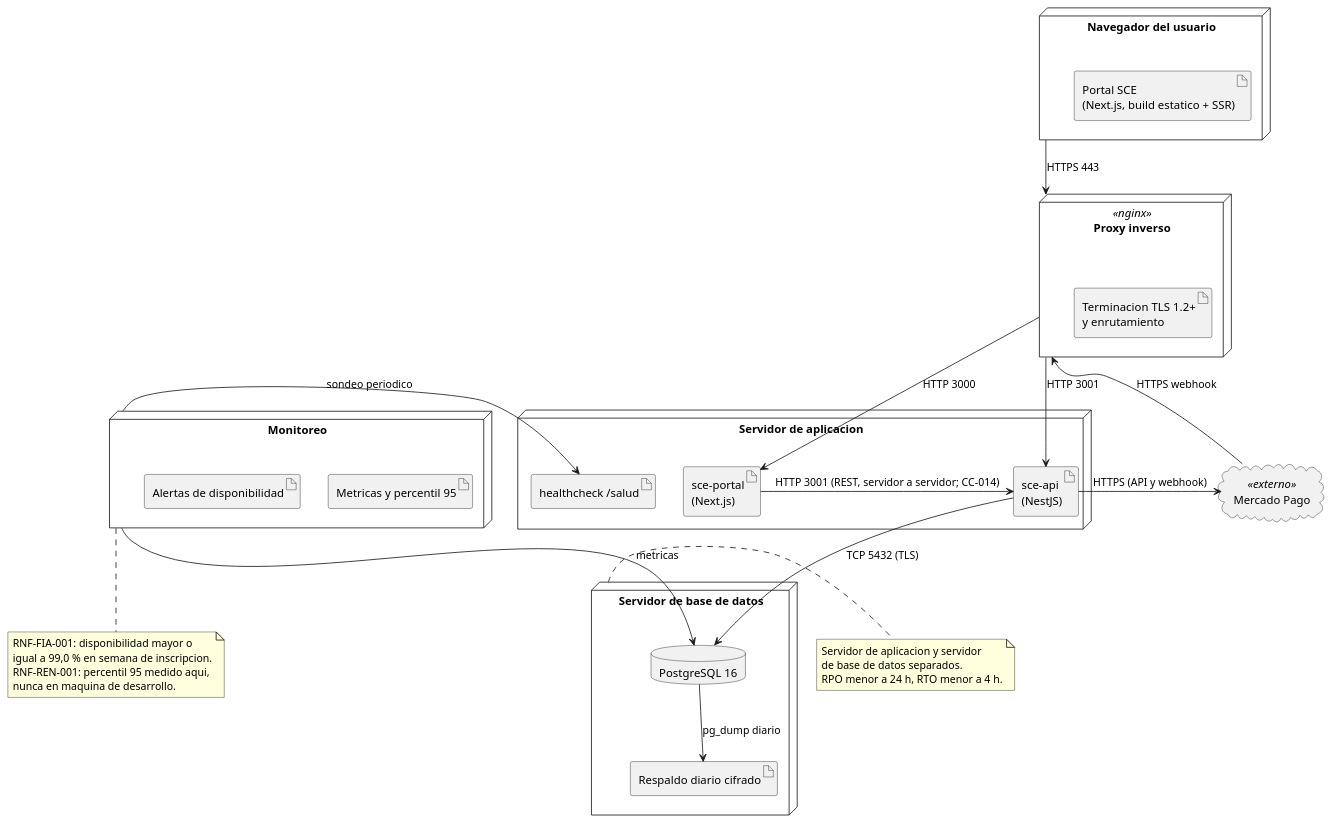
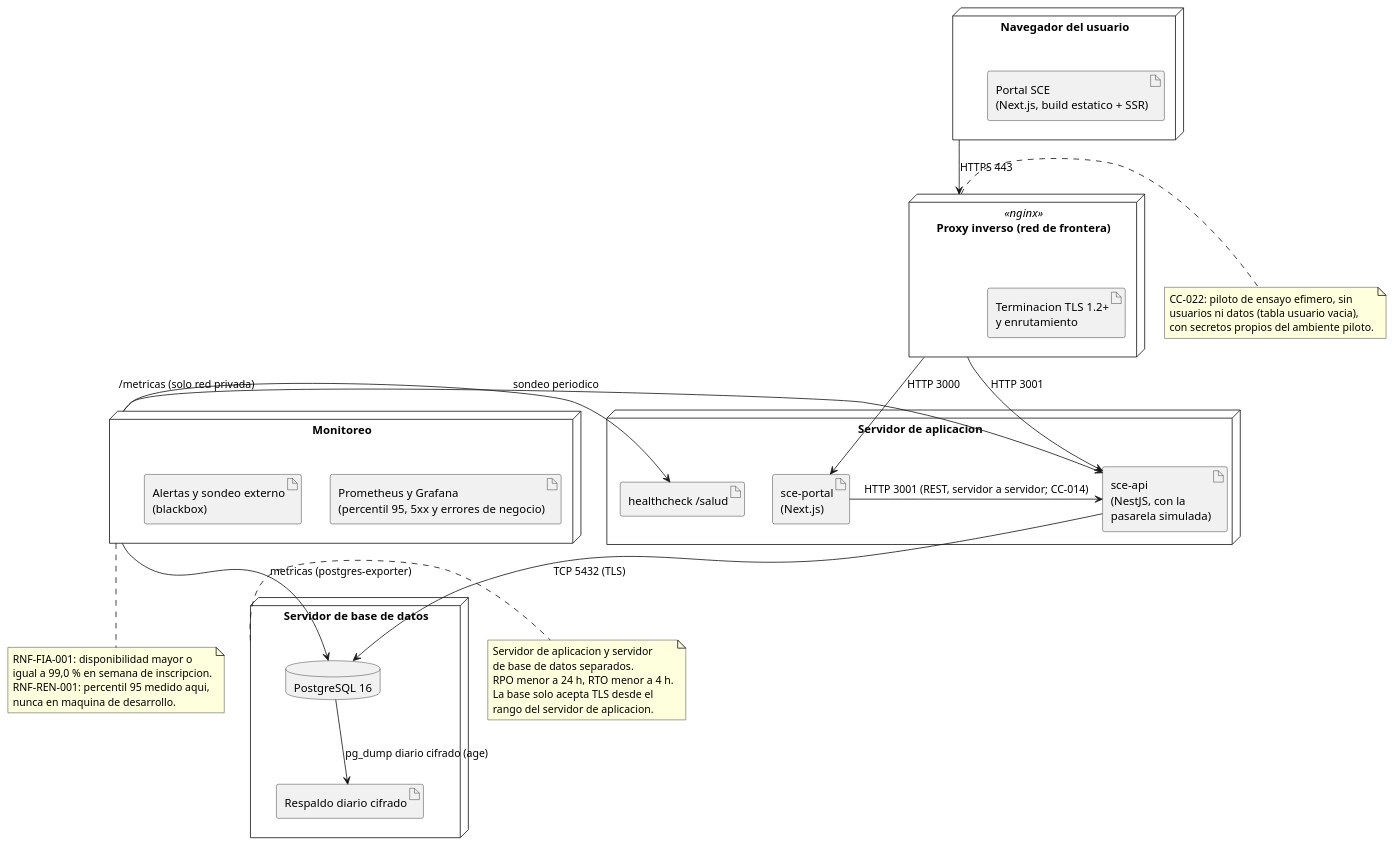
The diagram in docs/arquitectura/fig09-despliegue.puml (fjmp-dev/sce-control-escolar), drawn with PlantUML before and after one commit. The commit also changed 32 other files, not shown here.

First line of the commit message:
feat(despliegue): CC-022 piloto de ensayo efímero, proxy en su nodo y figuras al día (13.1)

```diff
--- a/docs/arquitectura/fig09-despliegue.puml
+++ b/docs/arquitectura/fig09-despliegue.puml
@@ -1,56 +1,64 @@
 @startuml fig09-despliegue
 ' Figura 9. Diagrama de despliegue UML del ambiente piloto.
-' Fuente: SCE-MC-001 v2.0, seccion 13.7 y Tabla 30.
+' Fuente: SCE-MC-001 v2.0, seccion 13.7 y Tabla 30. Actualizada por CC-020 (pasarela
+' simulada dentro de sce-api, sin Mercado Pago) y CC-022 (piloto de ensayo efimero: los
+' tres nodos son servidores de Docker en un runner de GitHub Actions, con la red de
+' frontera del proxy separada de la red privada de aplicacion y base).
 skinparam shadowing false
 
 node "Navegador del usuario" as CLIENTE {
   artifact "Portal SCE\n(Next.js, build estatico + SSR)" as APP
 }
 
-node "Proxy inverso" as PROXY <<nginx>> {
+node "Proxy inverso (red de frontera)" as PROXY <<nginx>> {
   artifact "Terminacion TLS 1.2+\ny enrutamiento" as TLS
 }
 
 node "Servidor de aplicacion" as APPSRV {
   artifact "sce-portal\n(Next.js)" as NEXT
-  artifact "sce-api\n(NestJS)" as NEST
+  artifact "sce-api\n(NestJS, con la\npasarela simulada)" as NEST
   artifact "healthcheck /salud" as HC
 }
 
 node "Servidor de base de datos" as DBSRV {
   database "PostgreSQL 16" as PG
   artifact "Respaldo diario cifrado" as BKP
 }
 
 node "Monitoreo" as MON {
-  artifact "Metricas y percentil 95" as MET
-  artifact "Alertas de disponibilidad" as ALR
+  artifact "Prometheus y Grafana\n(percentil 95, 5xx y errores de negocio)" as MET
+  artifact "Alertas y sondeo externo\n(blackbox)" as ALR
 }
-
-cloud "Mercado Pago" as MP <<externo>>
 
 CLIENTE -down-> PROXY : HTTPS 443
 PROXY -down-> NEXT : HTTP 3000
 PROXY -down-> NEST : HTTP 3001
 NEXT -right-> NEST : HTTP 3001 (REST, servidor a servidor; CC-014)
 NEST -down-> PG : TCP 5432 (TLS)
-NEST -right-> MP : HTTPS (API y webhook)
-MP -left-> PROXY : HTTPS webhook
-PG -down-> BKP : pg_dump diario
+PG -down-> BKP : pg_dump diario cifrado (age)
 MON -left-> HC : sondeo periodico
-MON -down-> PG : metricas
+MON -left-> NEST : /metricas (solo red privada)
+MON -down-> PG : metricas (postgres-exporter)
 
 note right of DBSRV
   Servidor de aplicacion y servidor
   de base de datos separados.
   RPO menor a 24 h, RTO menor a 4 h.
+  La base solo acepta TLS desde el
+  rango del servidor de aplicacion.
+end note
+
+note right of PROXY
+  CC-022: piloto de ensayo efimero, sin
+  usuarios ni datos (tabla usuario vacia),
+  con secretos propios del ambiente piloto.
 end note
 
 note bottom of MON
   RNF-FIA-001: disponibilidad mayor o
   igual a 99,0 % en semana de inscripcion.
   RNF-REN-001: percentil 95 medido aqui,
   nunca en maquina de desarrollo.
 end note
 
 @enduml
```
